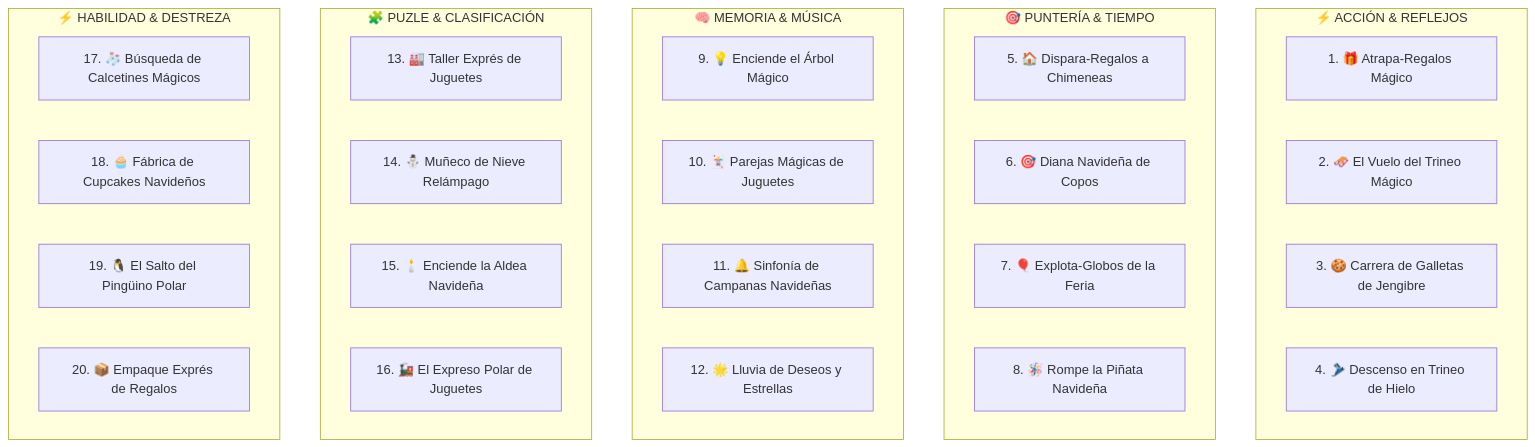
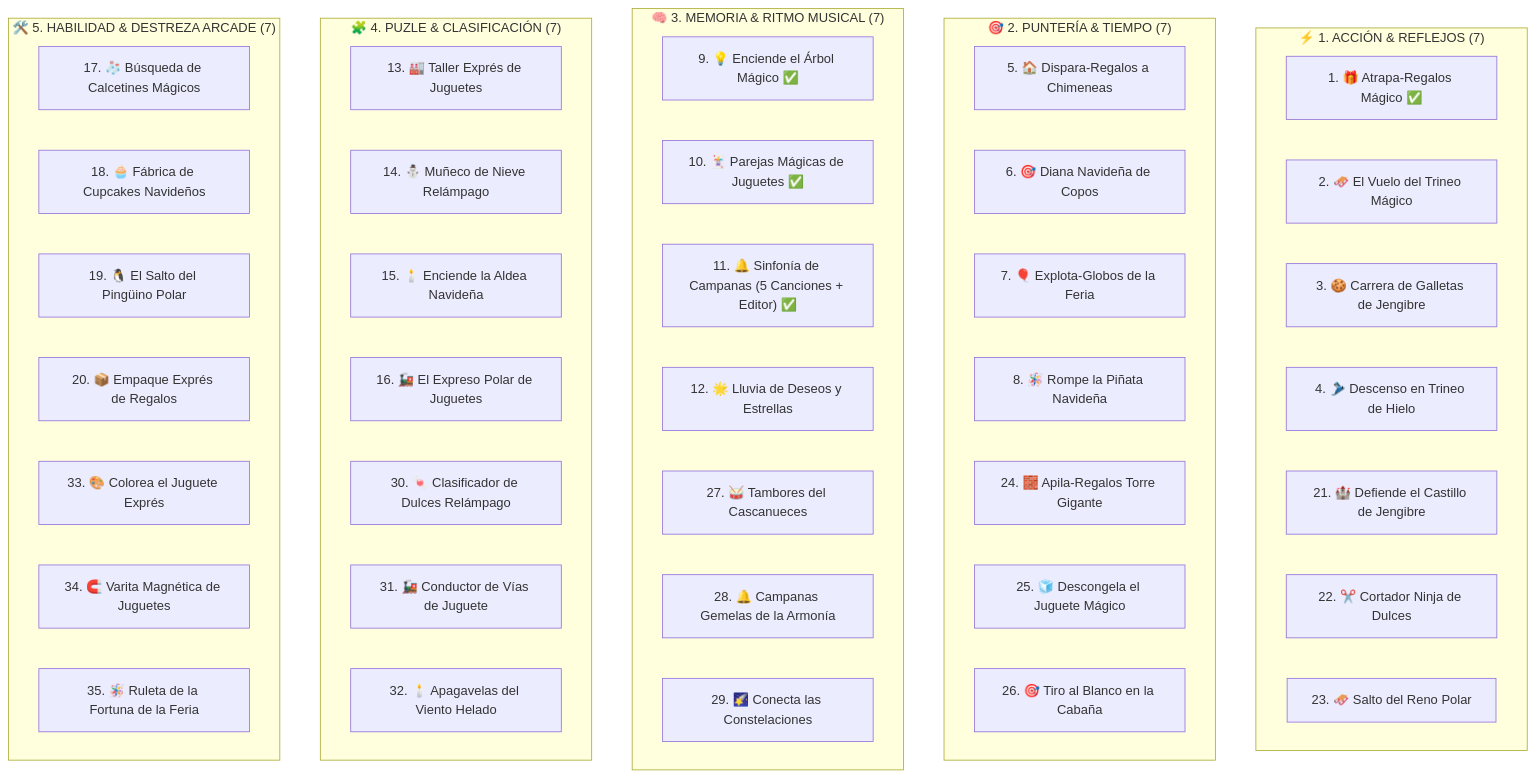
Before and after one commit to craftube23/minijuegos: the diagram in minijuegos/guia jueguitos.md, drawn with Mermaid. The commit also changed other lines of this file and 2 other files, not shown here.

````diff
--- a/minijuegos/guia jueguitos.md
+++ b/minijuegos/guia jueguitos.md
@@ -49,37 +21,52 @@
 ```mermaid
 flowchart TD
-    subgraph CAT1["⚡ ACCIÓN & REFLEJOS"]
-        J1["1. 🎁 Atrapa-Regalos Mágico"]
+    subgraph CAT1["⚡ 1. ACCIÓN & REFLEJOS (7)"]
+        J1["1. 🎁 Atrapa-Regalos Mágico ✅"]
         J2["2. 🛷 El Vuelo del Trineo Mágico"]
         J3["3. 🍪 Carrera de Galletas de Jengibre"]
         J4["4. 🎿 Descenso en Trineo de Hielo"]
+        J21["21. 🏰 Defiende el Castillo de Jengibre"]
+        J22["22. ✂️ Cortador Ninja de Dulces"]
+        J23["23. 🛷 Salto del Reno Polar"]
     end
 
-    subgraph CAT2["🎯 PUNTERÍA & TIEMPO"]
+    subgraph CAT2["🎯 2. PUNTERÍA & TIEMPO (7)"]
         J5["5. 🏠 Dispara-Regalos a Chimeneas"]
         J6["6. 🎯 Diana Navideña de Copos"]
         J7["7. 🎈 Explota-Globos de la Feria"]
         J8["8. 🪅 Rompe la Piñata Navideña"]
+        J24["24. 🧱 Apila-Regalos Torre Gigante"]
+        J25["25. 🧊 Descongela el Juguete Mágico"]
+        J26["26. 🎯 Tiro al Blanco en la Cabaña"]
     end
 
-    subgraph CAT3["🧠 MEMORIA & MÚSICA"]
-        J9["9. 💡 Enciende el Árbol Mágico"]
-        J10["10. 🃏 Parejas Mágicas de Juguetes"]
-        J11["11. 🔔 Sinfonía de Campanas Navideñas"]
+    subgraph CAT3["🧠 3. MEMORIA & RITMO MUSICAL (7)"]
+        J9["9. 💡 Enciende el Árbol Mágico ✅"]
+        J10["10. 🃏 Parejas Mágicas de Juguetes ✅"]
+        J11["11. 🔔 Sinfonía de Campanas (5 Canciones + Editor) ✅"]
         J12["12. 🌟 Lluvia de Deseos y Estrellas"]
+        J27["27. 🥁 Tambores del Cascanueces"]
+        J28["28. 🔔 Campanas Gemelas de la Armonía"]
+        J29["29. 🌠 Conecta las Constelaciones"]
     end
 
-    subgraph CAT4["🧩 PUZLE & CLASIFICACIÓN"]
+    subgraph CAT4["🧩 4. PUZLE & CLASIFICACIÓN (7)"]
         J13["13. 🏭 Taller Exprés de Juguetes"]
         J14["14. ⛄ Muñeco de Nieve Relámpago"]
         J15["15. 🕯️ Enciende la Aldea Navideña"]
         J16["16. 🚂 El Expreso Polar de Juguetes"]
+        J30["30. 🍬 Clasificador de Dulces Relámpago"]
+        J31["31. 🚂 Conductor de Vías de Juguete"]
+        J32["32. 🕯️ Apagavelas del Viento Helado"]
     end
 
-    subgraph CAT5["⚡ HABILIDAD & DESTREZA"]
+    subgraph CAT5["🛠️ 5. HABILIDAD & DESTREZA ARCADE (7)"]
         J17["17. 🧦 Búsqueda de Calcetines Mágicos"]
         J18["18. 🧁 Fábrica de Cupcakes Navideños"]
         J19["19. 🐧 El Salto del Pingüino Polar"]
         J20["20. 📦 Empaque Exprés de Regalos"]
+        J33["33. 🎨 Colorea el Juguete Exprés"]
+        J34["34. 🧲 Varita Magnética de Juguetes"]
+        J35["35. 🪅 Ruleta de la Fortuna de la Feria"]
     end
 ```
````
